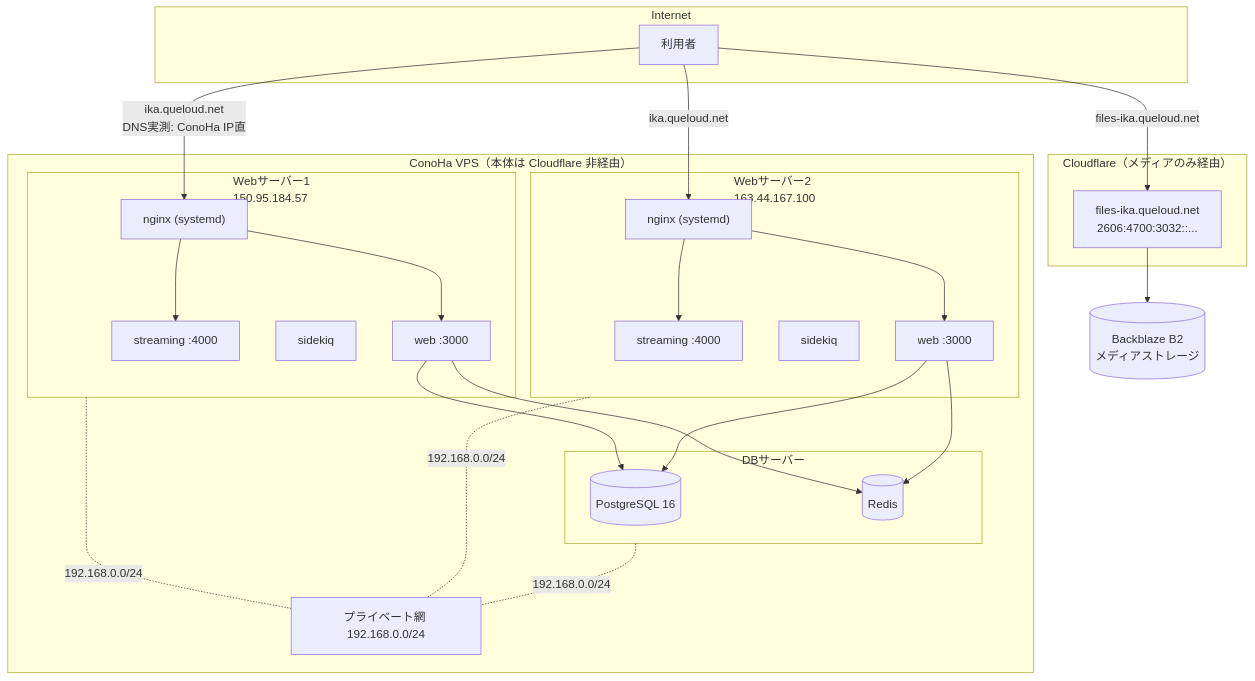
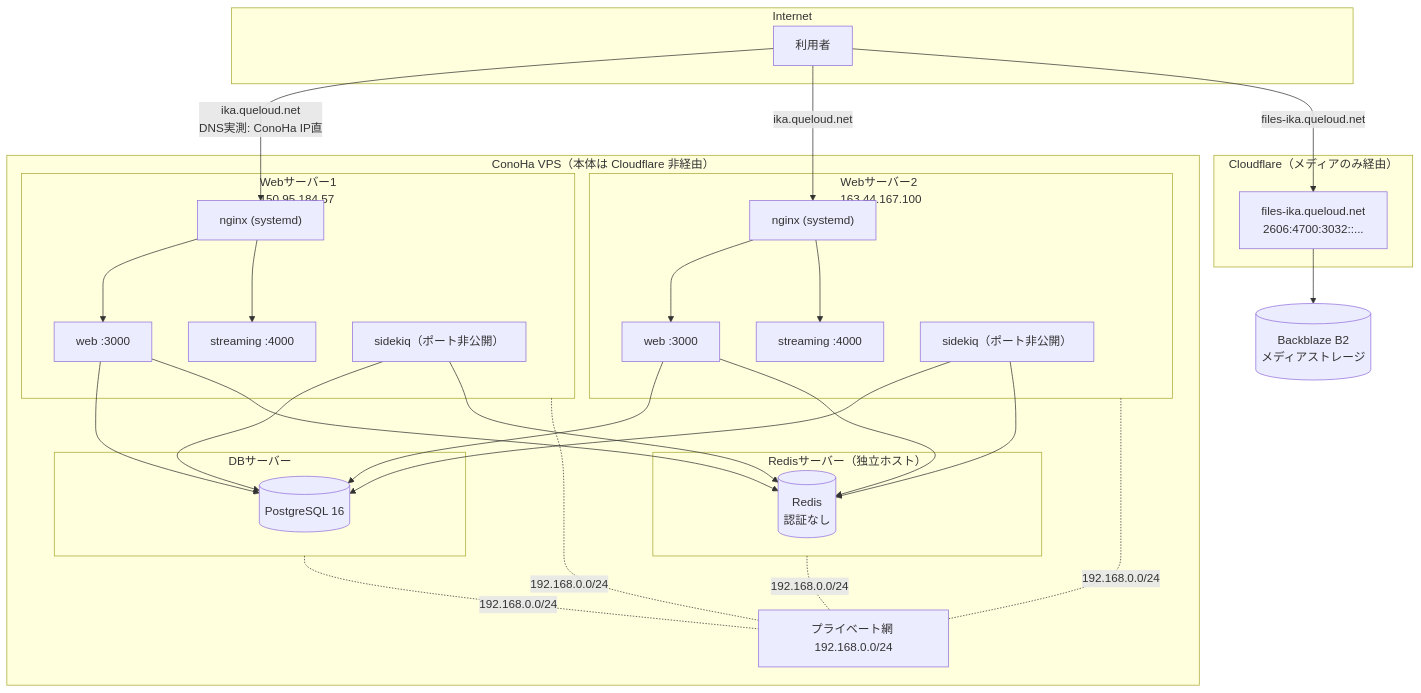
Before and after one commit to koba-lab/mastodon: the diagram in ikatodon/docs/infrastructure.md, drawn with Mermaid. The commit also changed other lines of this file, not shown here.

````diff
--- a/ikatodon/docs/infrastructure.md
+++ b/ikatodon/docs/infrastructure.md
@@ -20,52 +20,60 @@
 ```mermaid
 flowchart TB
     subgraph Internet
         User[利用者]
     end
 
     subgraph CF["Cloudflare（メディアのみ経由）"]
         CFProxy["files-ika.queloud.net<br/>2606:4700:3032::..."]
     end
 
     B2[(Backblaze B2<br/>メディアストレージ)]
 
     subgraph ConoHa["ConoHa VPS（本体は Cloudflare 非経由）"]
         subgraph Host1["Webサーバー1<br/>150.95.184.57"]
             Nginx1["nginx (systemd)"]
             Web1["web :3000"]
             Stream1["streaming :4000"]
-            Sidekiq1["sidekiq"]
+            Sidekiq1["sidekiq（ポート非公開）"]
             Nginx1 --> Web1
             Nginx1 --> Stream1
         end
 
         subgraph Host2["Webサーバー2<br/>163.44.167.100"]
             Nginx2["nginx (systemd)"]
             Web2["web :3000"]
             Stream2["streaming :4000"]
-            Sidekiq2["sidekiq"]
+            Sidekiq2["sidekiq（ポート非公開）"]
             Nginx2 --> Web2
             Nginx2 --> Stream2
         end
 
         subgraph DBHost["DBサーバー"]
             PG[(PostgreSQL 16)]
-            Redis[(Redis)]
+        end
+
+        subgraph RedisHost["Redisサーバー（独立ホスト）"]
+            Redis[(Redis<br/>認証なし)]
         end
 
         Priv["プライベート網 192.168.0.0/24"]
     end
 
     User -->|"ika.queloud.net<br/>DNS実測: ConoHa IP直"| Nginx1
     User -->|"ika.queloud.net"| Nginx2
     User -->|"files-ika.queloud.net"| CFProxy --> B2
 
     Host1 -. "192.168.0.0/24" .- Priv
     Host2 -. "192.168.0.0/24" .- Priv
     DBHost -. "192.168.0.0/24" .- Priv
+    RedisHost -. "192.168.0.0/24" .- Priv
 
     Web1 --> PG
     Web1 --> Redis
     Web2 --> PG
     Web2 --> Redis
+    Sidekiq1 --> PG
+    Sidekiq1 --> Redis
+    Sidekiq2 --> PG
+    Sidekiq2 --> Redis
 ```
````
